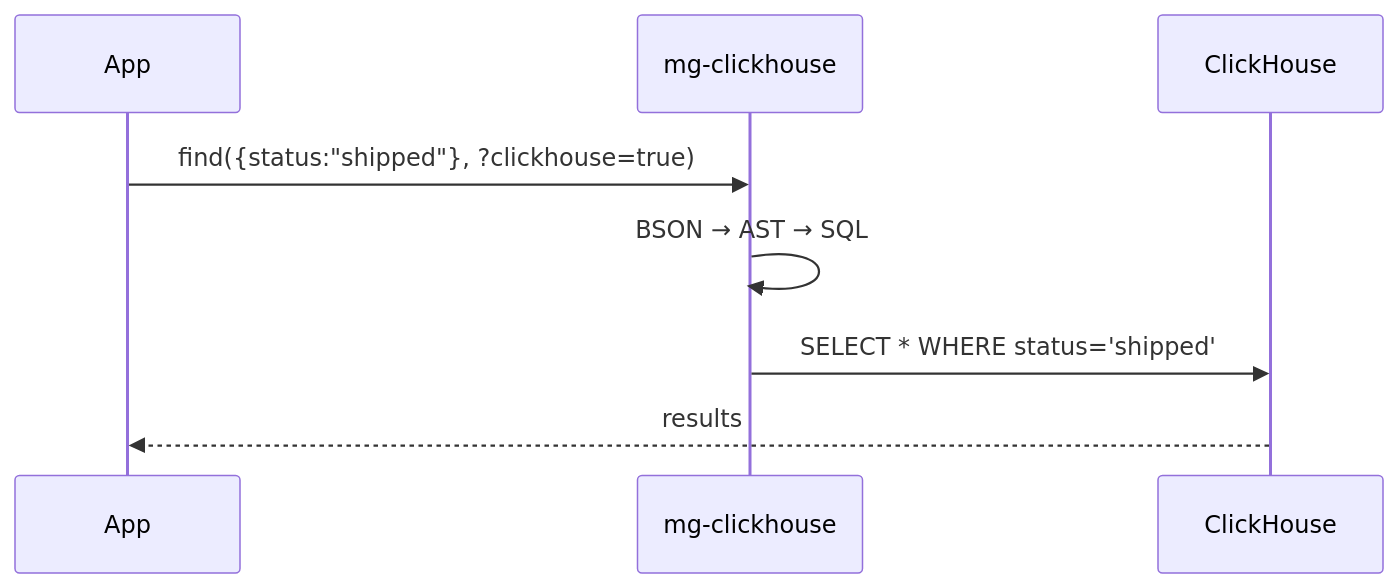
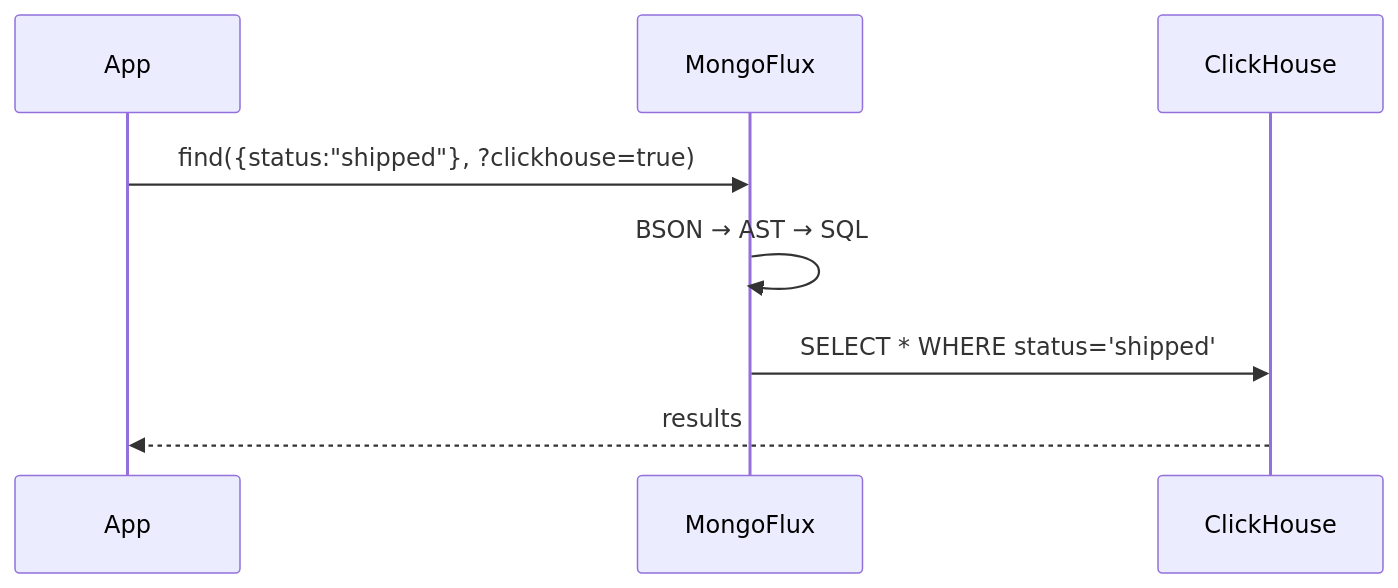
One commit to mrityunjaysharma/mongo-flux changed the third of 7 diagrams in docs/design.md. Above: the diagram before and after it, drawn with Mermaid. The commit also changed other lines of this file and 38 other files, not shown here.

````diff
--- a/docs/design.md
+++ b/docs/design.md
@@ -61,7 +61,7 @@
 ```mermaid
 sequenceDiagram
-    App->>mg-clickhouse: find({status:"shipped"}, ?clickhouse=true)
-    mg-clickhouse->>mg-clickhouse: BSON → AST → SQL
-    mg-clickhouse->>ClickHouse: SELECT * WHERE status='shipped'
+    App->>MongoFlux: find({status:"shipped"}, ?clickhouse=true)
+    MongoFlux->>MongoFlux: BSON → AST → SQL
+    MongoFlux->>ClickHouse: SELECT * WHERE status='shipped'
     ClickHouse-->>App: results
 ```
````
